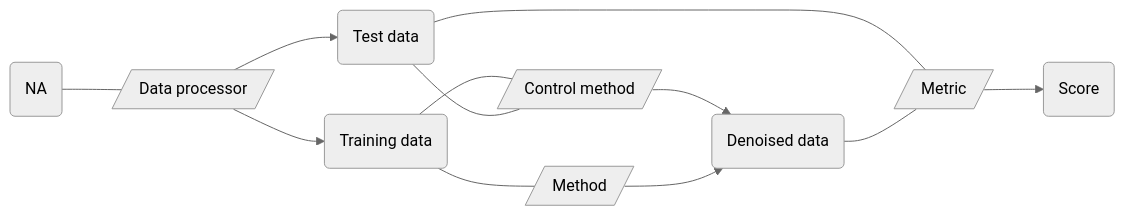
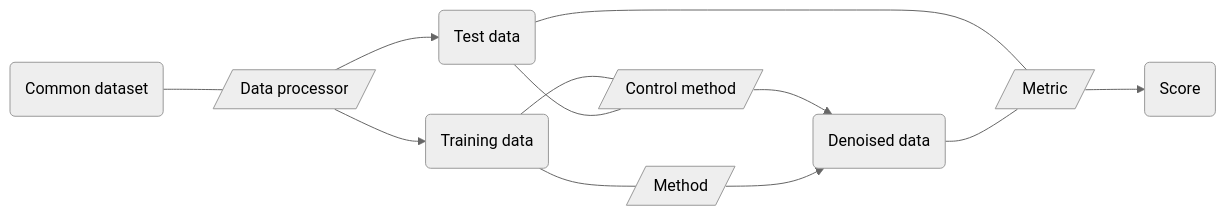
One commit to openproblems-bio/openproblems-v2 changed the diagram in src/tasks/denoising/README.qmd. Above: the diagram before and after it, drawn with Mermaid (neutral theme). The commit also changed other lines of this file and 7 other files, not shown here.

````diff
--- a/src/tasks/denoising/README.qmd
+++ b/src/tasks/denoising/README.qmd
@@ -37,24 +55,24 @@
 ```{mermaid}
 %%| column: screen-inset-shaded
 flowchart LR
-  anndata_train(Training data)
-  anndata_test(Test data)
-  anndata_denoised(Denoised data)
-  anndata_score(Score)
-  anndata_common_dataset(NA)
+  file_train(Training data)
+  file_test(Test data)
+  file_denoised(Denoised data)
+  file_score(Score)
+  file_common_dataset(Common dataset)
   comp_control_method[/Control method/]
   comp_method[/Method/]
   comp_metric[/Metric/]
   comp_process_dataset[/Data processor/]
-  anndata_train---comp_control_method
-  anndata_test---comp_control_method
-  anndata_train---comp_method
-  anndata_test---comp_metric
-  anndata_denoised---comp_metric
-  anndata_common_dataset---comp_process_dataset
-  comp_control_method-->anndata_denoised
-  comp_method-->anndata_denoised
-  comp_metric-->anndata_score
-  comp_process_dataset-->anndata_train
-  comp_process_dataset-->anndata_test
+  file_train---comp_control_method
+  file_test---comp_control_method
+  file_train---comp_method
+  file_test---comp_metric
+  file_denoised---comp_metric
+  file_common_dataset---comp_process_dataset
+  comp_control_method-->file_denoised
+  comp_method-->file_denoised
+  comp_metric-->file_score
+  comp_process_dataset-->file_train
+  comp_process_dataset-->file_test
 ```
````
